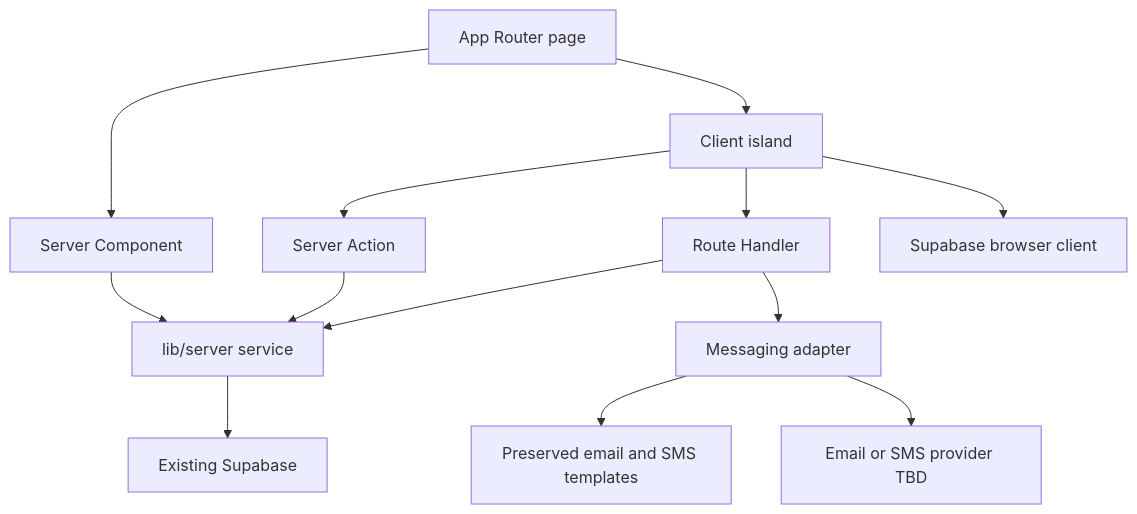
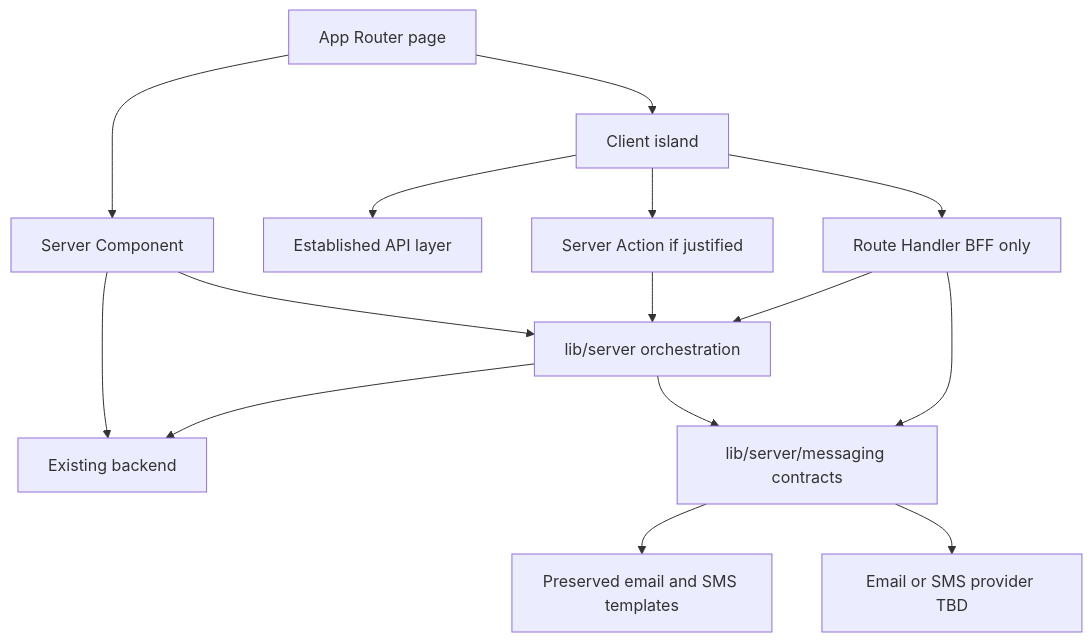
One commit to Ali-sherif/loyollo-web changed the diagram in docs/frontend/14-frontend-architecture.md. Above: the diagram before and after it, drawn with Mermaid. The commit also changed other lines of this file and 15 other files, not shown here.

````diff
--- a/docs/frontend/14-frontend-architecture.md
+++ b/docs/frontend/14-frontend-architecture.md
@@ -11,15 +15,17 @@
 ```mermaid
 flowchart TD
   Page[App Router page] --> RSC[Server Component]
   Page --> Client[Client island]
-  RSC --> Service[lib/server service]
-  Client --> Action[Server Action]
-  Client --> Handler[Route Handler]
-  Client --> BrowserSupa[Supabase browser client]
+  RSC --> Backend[Existing backend]
+  RSC --> Service[lib/server orchestration]
+  Client --> API[Established API layer]
+  Client --> Action[Server Action if justified]
+  Client --> Handler[Route Handler BFF only]
   Action --> Service
   Handler --> Service
-  Service --> Supabase[Existing Supabase]
-  Handler --> Messaging[Messaging adapter]
+  Service --> Backend
+  Service --> Messaging[lib/server/messaging contracts]
+  Handler --> Messaging
   Messaging --> Templates[Preserved email and SMS templates]
   Messaging --> Provider[Email or SMS provider TBD]
 ```
````
